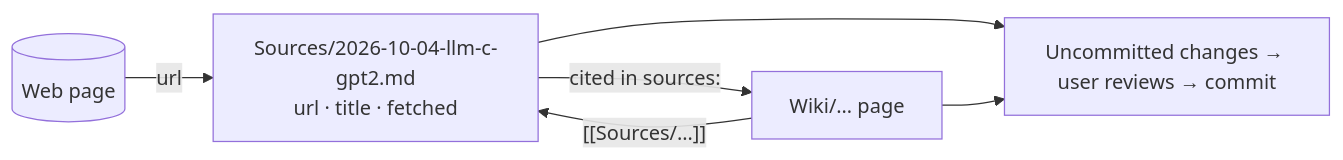
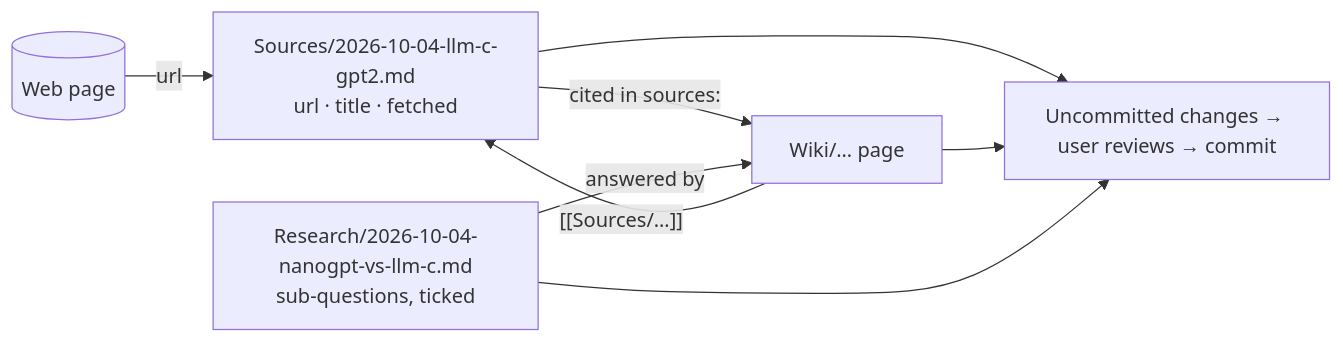
Before and after one commit to tillg/karpathy.app: the fifth of 6 diagrams in specs/changes/chat-commands-research/domain.md, drawn with Mermaid. The commit also changed other lines of this file and 3 other files, not shown here.

````diff
--- a/specs/changes/chat-commands-research/domain.md
+++ b/specs/changes/chat-commands-research/domain.md
@@ -91,7 +114,8 @@
 ```mermaid
 flowchart LR
   WEB[(Web page)] -- "url" --> SF["Sources/2026-10-04-llm-c-gpt2.md<br/>url · title · fetched"]
   SF -- "cited in sources:" --> WP["Wiki/… page"]
   WP -- "[[Sources/…]]" --> SF
-  SF & WP --> CH[Uncommitted changes → user reviews → commit]
+  PN["Research/2026-10-04-nanogpt-vs-llm-c.md<br/>sub-questions, ticked"] -- "answered by" --> WP
+  SF & WP & PN --> CH[Uncommitted changes → user reviews → commit]
 ```
````
